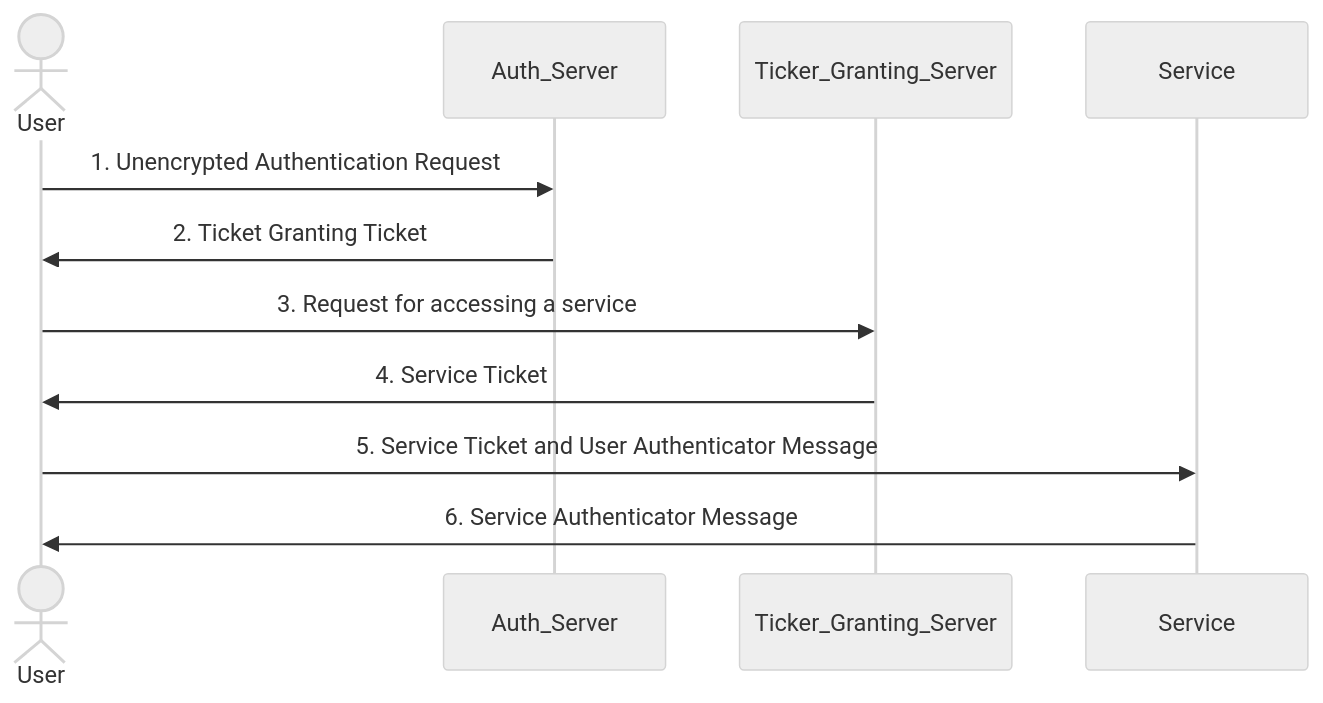
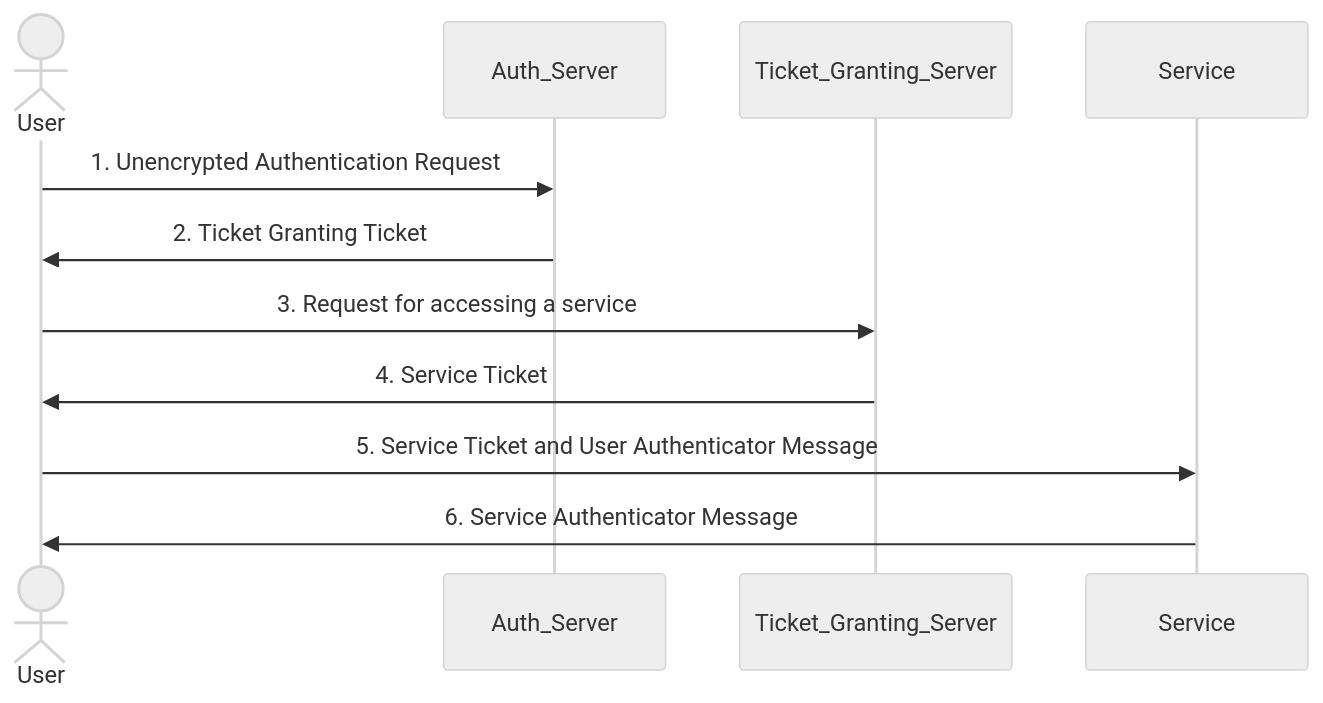
One commit to drdragon79/infosec-stuff changed the diagram in Active Directory/AD Concepts/Kerberos.md. Above: the diagram before and after it, drawn with Mermaid (neutral theme). The commit also changed other lines of this file and 12 other files, not shown here.

````diff
--- a/Active Directory/AD Concepts/Kerberos.md
+++ b/Active Directory/AD Concepts/Kerberos.md
@@ -3,13 +3,13 @@
 ```mermaid
 sequenceDiagram
 	actor User
 	participant Auth_Server
-	participant TGS as Ticker_Granting_Server
+	participant TGS as Ticket_Granting_Server
 	participant Service
 	User->>Auth_Server: 1. Unencrypted Authentication Request
 	Auth_Server->>User: 2. Ticket Granting Ticket
 	User->>TGS: 3. Request for accessing a service
 	TGS->>User: 4. Service Ticket
 	User->>Service: 5. Service Ticket and User Authenticator Message
 	Service->>User: 6. Service Authenticator Message
 ```
````
